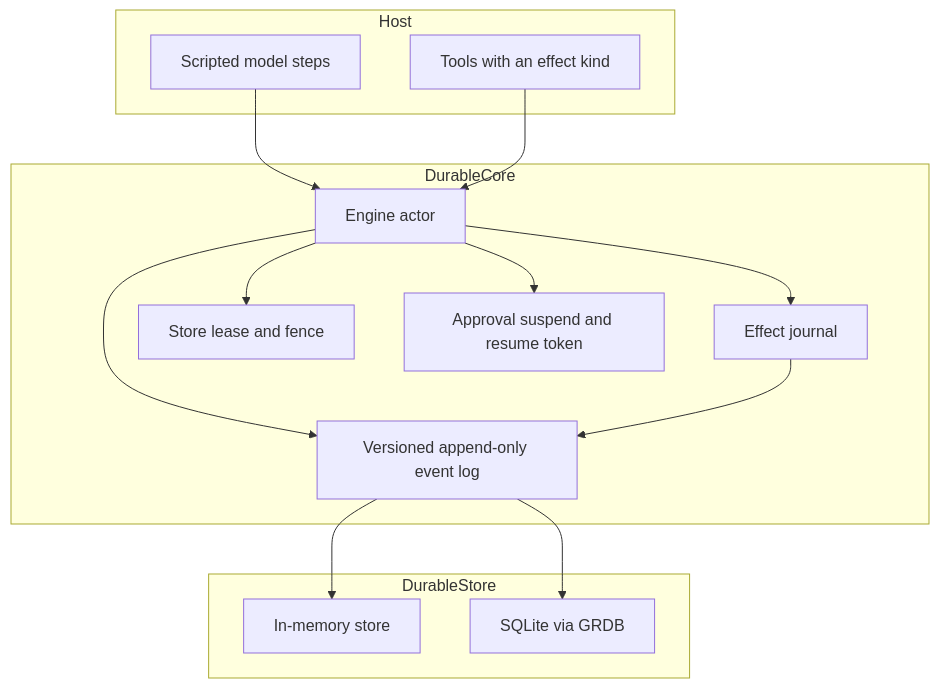
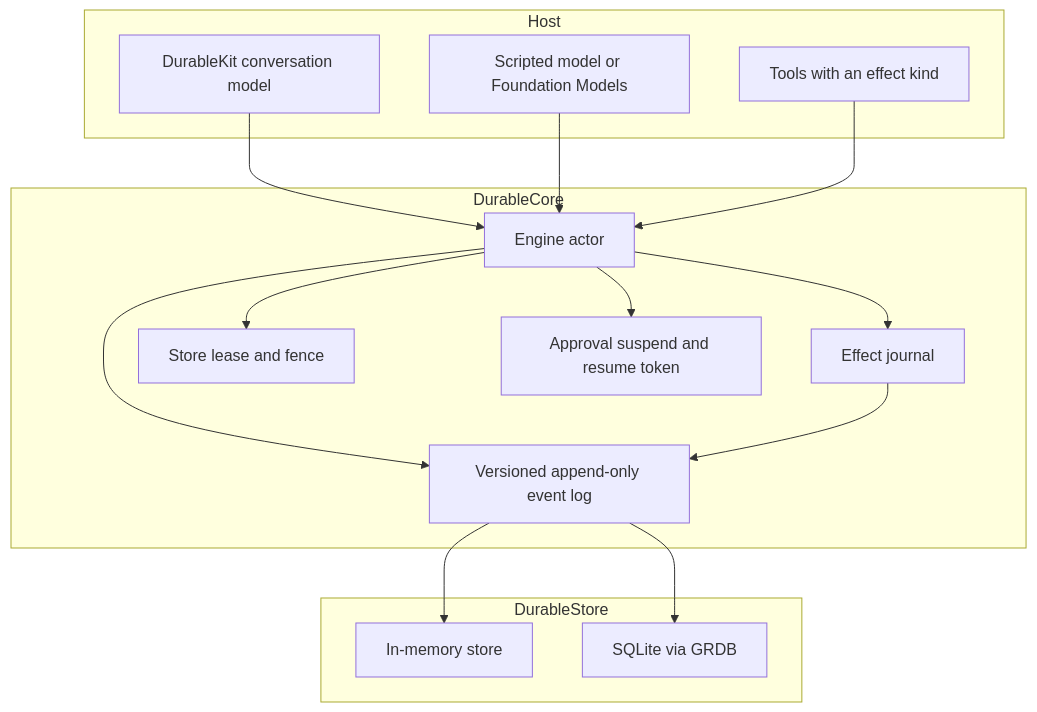
One commit to Think-Define-Create/DurableAgents changed the diagram in README.md. Above: the diagram before and after it, drawn with Mermaid. The commit also changed other lines of this file and 20 other files, not shown here.

First line of the commit message:
Add DurableKit, an on-device model step, and Escrow Assistant.

````diff
--- a/README.md
+++ b/README.md
@@ -26,30 +27,32 @@
 ```mermaid
 flowchart TB
     subgraph host [Host]
-        Script[Scripted model steps]
+        Kit[DurableKit conversation model]
+        Script[Scripted model or Foundation Models]
         Tools[Tools with an effect kind]
     end
 
     subgraph core [DurableCore]
         Engine[Engine actor]
         Log[Versioned append-only event log]
         Effects[Effect journal]
         Lease[Store lease and fence]
         Approval[Approval suspend and resume token]
     end
 
     subgraph store [DurableStore]
         Memory[In-memory store]
         SQLite[SQLite via GRDB]
     end
 
+    Kit --> Engine
     Script --> Engine
     Tools --> Engine
     Engine --> Log
     Engine --> Effects
     Engine --> Lease
     Engine --> Approval
     Log --> Memory
     Log --> SQLite
     Effects --> Log
 ```
````
